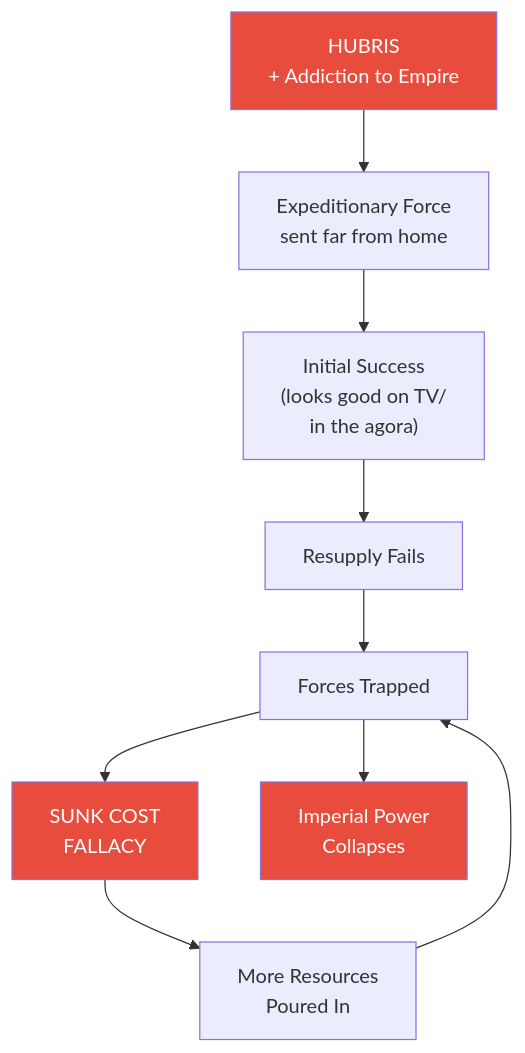
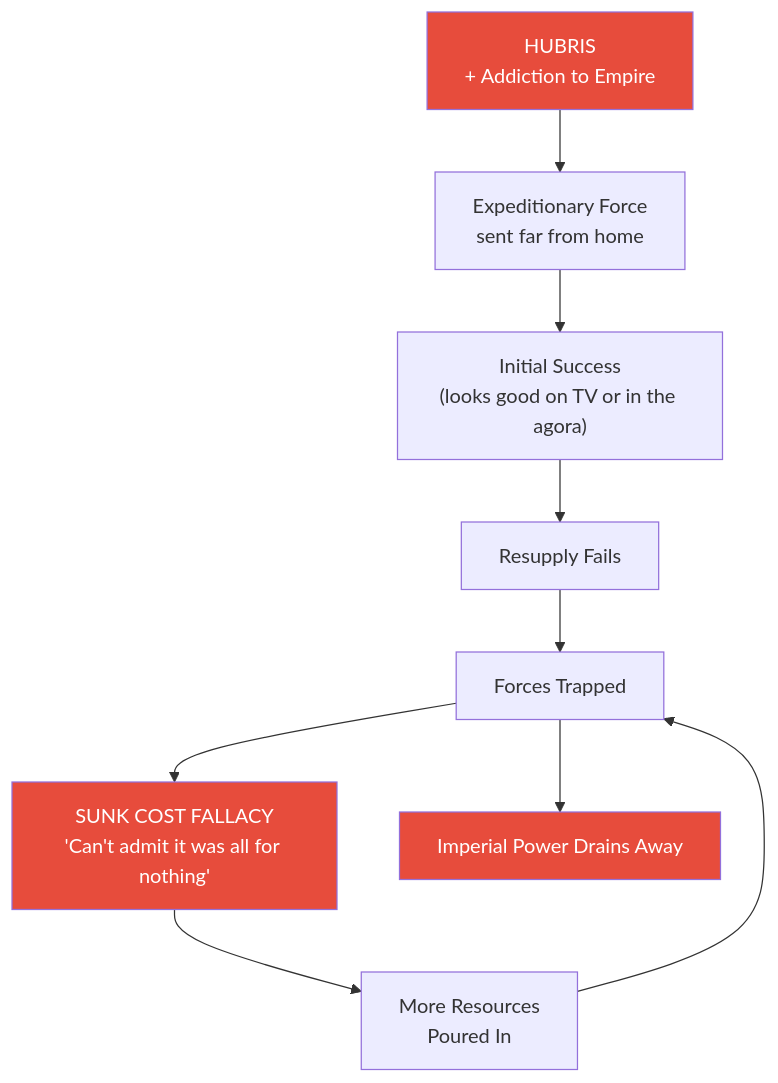
One commit to alius33/reader changed the ninth of 11 diagrams in summaries/Lectures/Geo-Strategy/08 - The Iran Trap.md. Above: the diagram before and after it, drawn with Mermaid. The commit also changed other lines of this file and 26 other files, not shown here.

````diff
--- a/summaries/Lectures/Geo-Strategy/08 - The Iran Trap.md
+++ b/summaries/Lectures/Geo-Strategy/08 - The Iran Trap.md
@@ -534,15 +546,15 @@
 ```mermaid
 flowchart TB
     H["HUBRIS<br/>+ Addiction to Empire"]
     H --> E["Expeditionary Force<br/>sent far from home"]
-    E --> S["Initial Success<br/>(looks good on TV/<br/>in the agora)"]
+    E --> S["Initial Success<br/>(looks good on TV or in the agora)"]
     S --> R["Resupply Fails"]
     R --> T["Forces Trapped"]
-    T --> SC["SUNK COST<br/>FALLACY"]
+    T --> SC["SUNK COST FALLACY<br/>'Can't admit it was all for nothing'"]
     SC --> M["More Resources<br/>Poured In"]
     M --> T
-    T --> C["Imperial Power<br/>Collapses"]
+    T --> C["Imperial Power Drains Away"]
     style H fill:#e74c3c,color:#fff
     style SC fill:#e74c3c,color:#fff
     style C fill:#e74c3c,color:#fff
 ```
````
